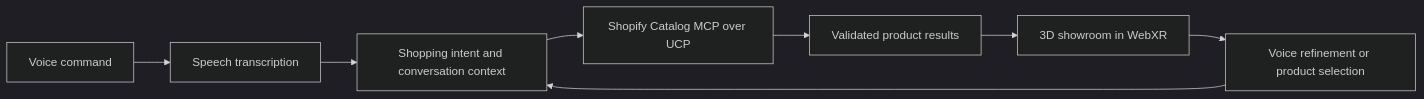
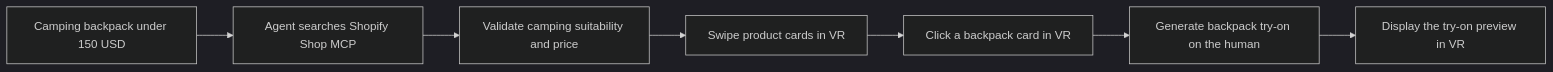
The diagram in README.md (jerelvelarde/fast-forward-spatial-shop), drawn with Mermaid (dark theme) before and after one commit. The commit also changed other lines of this file and 3 other files, not shown here.

Commit message:
Add camping backpack use case and visual storyboard

````diff
--- a/README.md
+++ b/README.md
@@ -13,10 +21,9 @@
 ```mermaid
 flowchart LR
-    A[Voice command] --> B[Speech transcription]
-    B --> C[Shopping intent and conversation context]
-    C --> D[Shopify Catalog MCP over UCP]
-    D --> E[Validated product results]
-    E --> F[3D showroom in WebXR]
-    F --> G[Voice refinement or product selection]
-    G --> C
+    A[Camping backpack under 150 USD] --> B[Agent searches Shopify Shop MCP]
+    B --> C[Validate camping suitability and price]
+    C --> D[Swipe product cards in VR]
+    D --> E[Click a backpack card in VR]
+    E --> F[Generate backpack try-on on the human]
+    F --> G[Display the try-on preview in VR]
 ```
````
